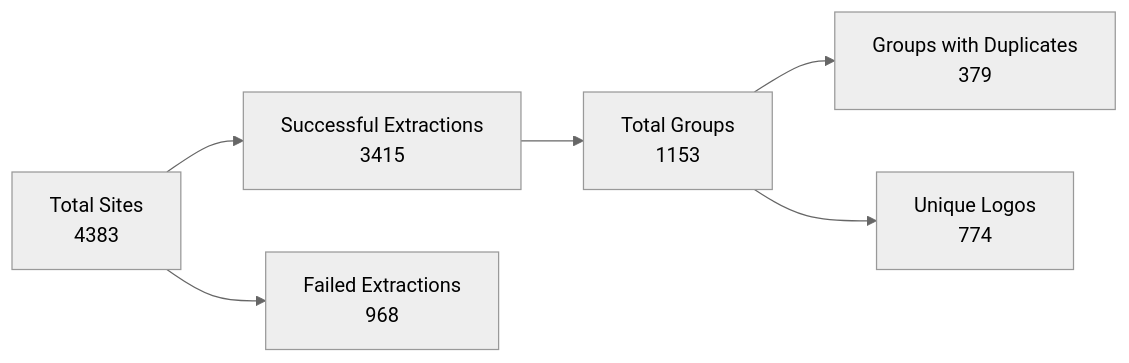
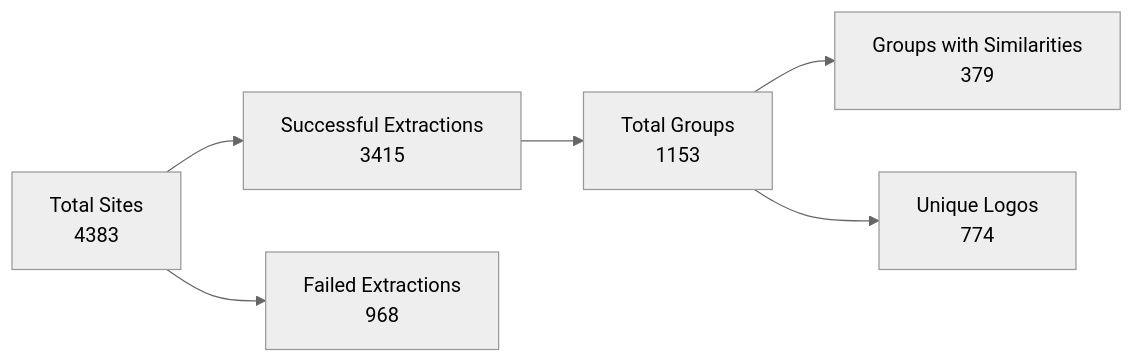
Before and after one commit to andreilazu/logo_extract: the third of 4 diagrams in README.md, drawn with Mermaid (neutral theme). The commit also changed other lines of this file, not shown here.

Commit message:
Update README to reflect groups with similarities

````diff
--- a/README.md
+++ b/README.md
@@ -13,15 +13,15 @@
 ```mermaid
 flowchart LR
     A[Total Sites<br/>4383]
     B[Successful Extractions<br/>3415]
     C[Failed Extractions<br/>968]
     D[Total Groups<br/>1153]
-    E[Groups with Duplicates<br/>379]
+    E[Groups with Similarities<br/>379]
     F[Unique Logos<br/>774]
 
     A --> B
     A --> C
     B --> D
     D --> E
     D --> F
 ```
````
